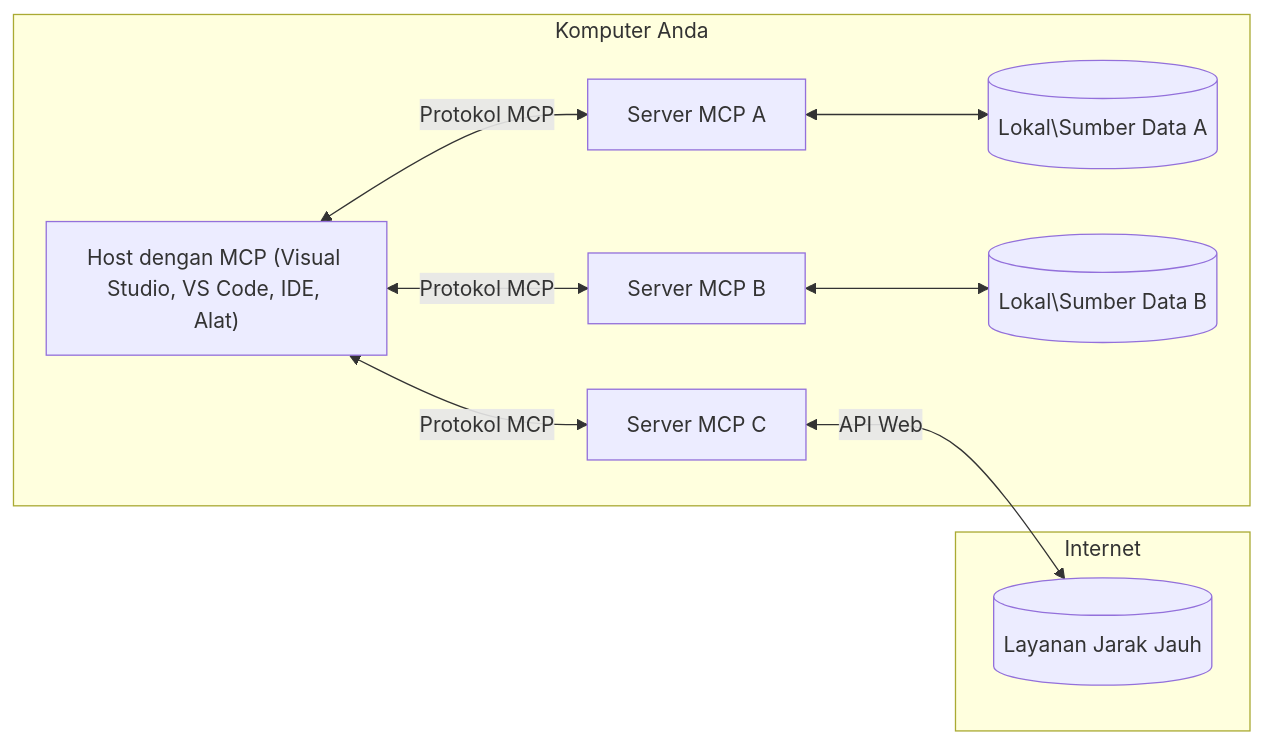
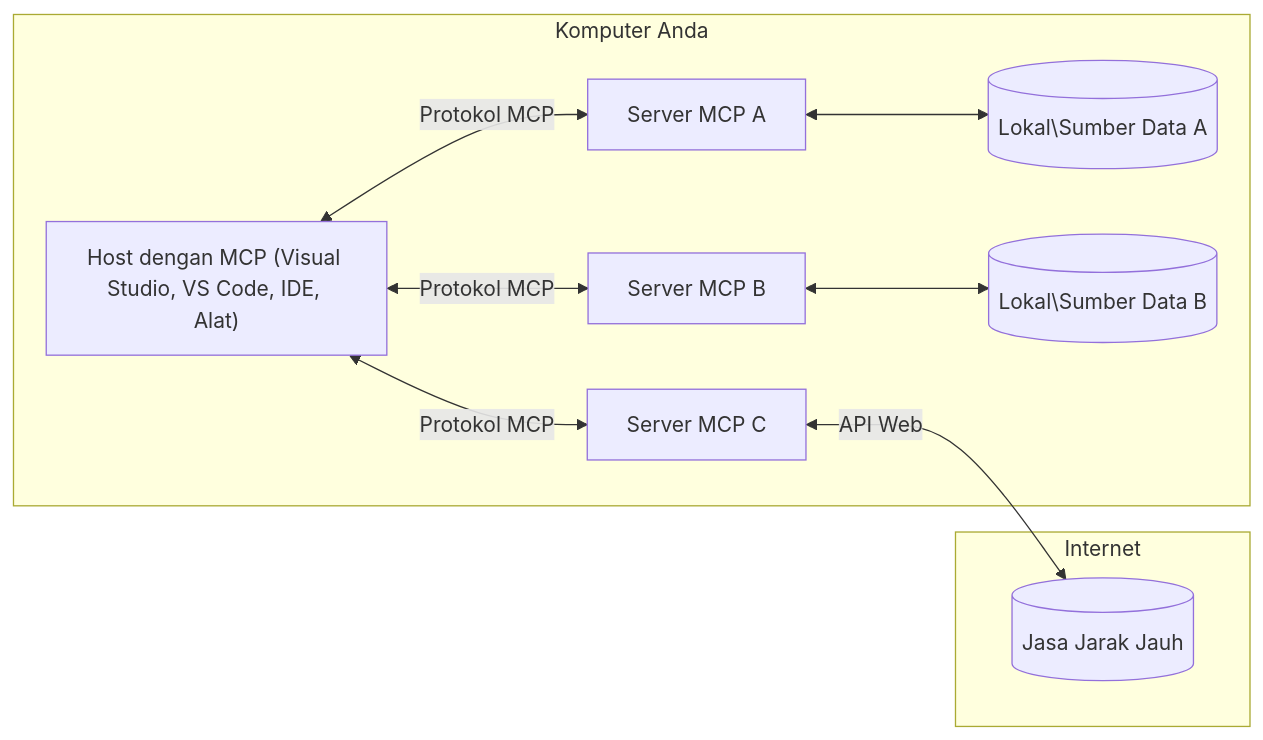
Before and after one commit to Mu-L/mcp-for-beginners: the diagram in translations/id/01-CoreConcepts/README.md, drawn with Mermaid. The commit also changed other lines of this file and 5 other files, not shown here.

````diff
--- a/translations/id/01-CoreConcepts/README.md
+++ b/translations/id/01-CoreConcepts/README.md
@@ -45,17 +45,17 @@
 ```mermaid
 flowchart LR
     subgraph "Komputer Anda"
         Host["Host dengan MCP (Visual Studio, VS Code, IDE, Alat)"]
         S1["Server MCP A"]
         S2["Server MCP B"]
         S3["Server MCP C"]
         Host <-->|"Protokol MCP"| S1
         Host <-->|"Protokol MCP"| S2
         Host <-->|"Protokol MCP"| S3
         S1 <--> D1[("Lokal\Sumber Data A")]
         S2 <--> D2[("Lokal\Sumber Data B")]
     end
     subgraph "Internet"
-        S3 <-->|"API Web"| D3[("Layanan Jarak Jauh")]
+        S3 <-->|"API Web"| D3[("Jasa Jarak Jauh")]
     end
 ```
````
